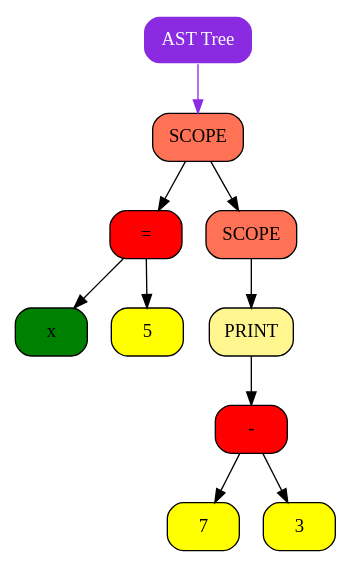
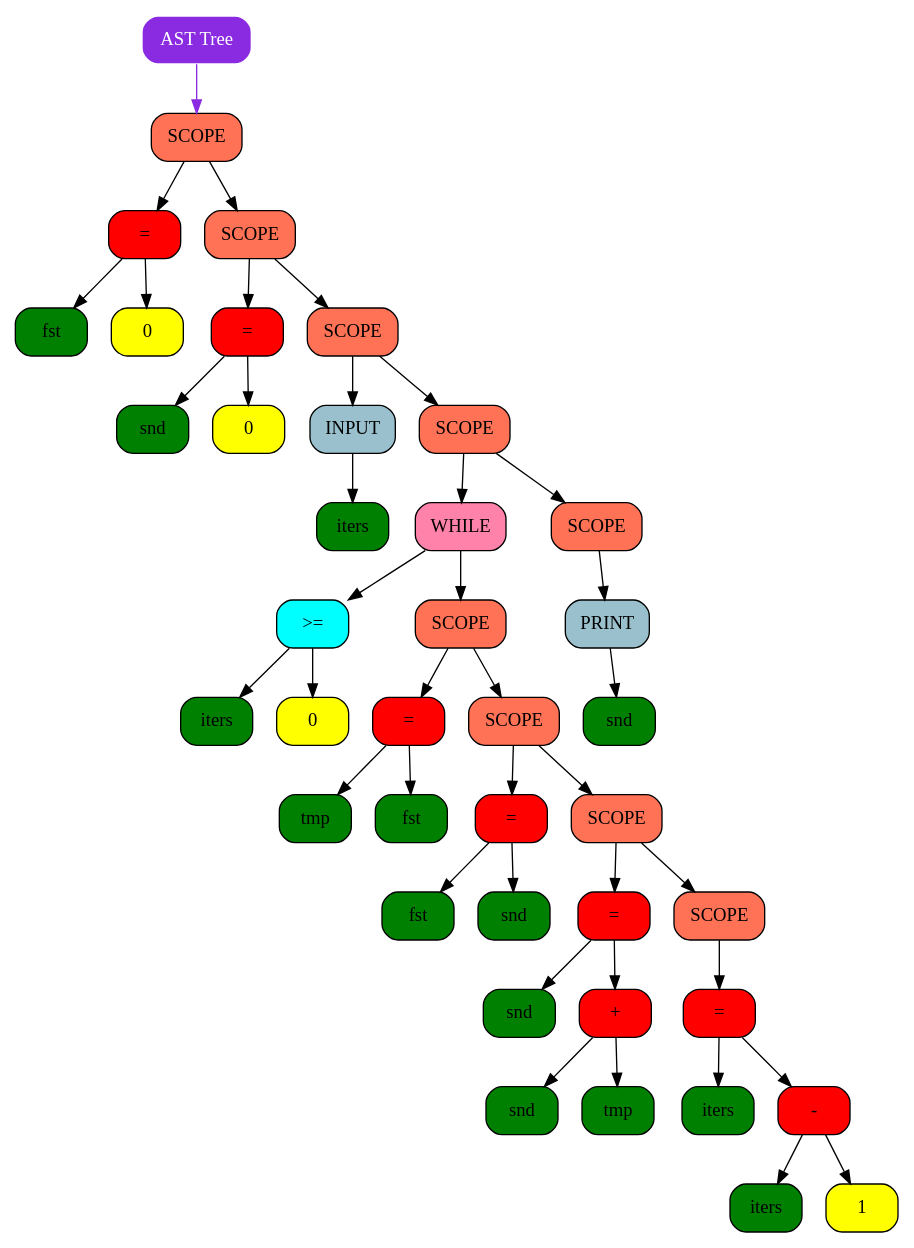
The diagram in graphics/graph.dot (Pelmeshka127/ParaCL), drawn with Graphviz before and after one commit. The commit also changed 9 other files, not shown here.

```diff
--- a/graphics/graph.dot
+++ b/graphics/graph.dot
@@ -1,23 +1,83 @@
 digraph Tree
 {
    rankdir = HR;
    tree[shape = Mrecord, style = filled, color = "white", style = filled, fontcolor = "white", fillcolor = "blueviolet", label = "AST Tree"];
-   "0x135606ce0"[shape = Mrecord, color = "black", style = filled, fontcolor = "black", fillcolor = "coral1"   label = " {SCOPE}"];
-  "0x135606ce0" -> "0x135606be0" [color = "black"];
-  "0x135606ce0" -> "0x135606c90" [color = "black"];
-   "0x135606be0"[shape = Mrecord, color = "black", style = filled, fontcolor = "black", fillcolor = "red"   label = " {=}"];
-  "0x135606be0" -> "0x135606ba0" [color = "black"];
-  "0x135606be0" -> "0x135606bd0" [color = "black"];
-   "0x135606ba0"[shape = Mrecord, color = "black", style = filled, fontcolor = "black", fillcolor = "green",   label = " {x}"];
-   "0x135606bd0"[shape = Mrecord, color = "black", style = filled, fontcolor = "black", fillcolor = "yellow",   label = " {5}"];
-   "0x135606c90"[shape = Mrecord, color = "black", style = filled, fontcolor = "black", fillcolor = "coral1"   label = " {SCOPE}"];
-  "0x135606c90" -> "0x135606c60" [color = "black"];
-   "0x135606c60"[shape = Mrecord, color = "black", style = filled, fontcolor = "black", fillcolor = "khaki1"   label = " {PRINT}"];
-  "0x135606c60" -> "0x135606c30" [color = "black"];
-   "0x135606c30"[shape = Mrecord, color = "black", style = filled, fontcolor = "black", fillcolor = "red"   label = " {-}"];
-  "0x135606c30" -> "0x135606c10" [color = "black"];
-  "0x135606c30" -> "0x135606c20" [color = "black"];
-   "0x135606c10"[shape = Mrecord, color = "black", style = filled, fontcolor = "black", fillcolor = "yellow",   label = " {7}"];
-   "0x135606c20"[shape = Mrecord, color = "black", style = filled, fontcolor = "black", fillcolor = "yellow",   label = " {3}"];
-   tree -> "0x135606ce0" [color = "blueviolet"];
+   "0x133f04940"[shape = Mrecord, color = "black", style = filled, fontcolor = "black", fillcolor = "coral1"   label = " {SCOPE}"];
+  "0x133f04940" -> "0x133f040c0" [color = "black"];
+  "0x133f04940" -> "0x133f048f0" [color = "black"];
+   "0x133f040c0"[shape = Mrecord, color = "black", style = filled, fontcolor = "black", fillcolor = "red"   label = " {=}"];
+  "0x133f040c0" -> "0x133f04080" [color = "black"];
+  "0x133f040c0" -> "0x133f040b0" [color = "black"];
+   "0x133f04080"[shape = Mrecord, color = "black", style = filled, fontcolor = "black", fillcolor = "green",   label = " {fst}"];
+   "0x133f040b0"[shape = Mrecord, color = "black", style = filled, fontcolor = "black", fillcolor = "yellow",   label = " {0}"];
+   "0x133f048f0"[shape = Mrecord, color = "black", style = filled, fontcolor = "black", fillcolor = "coral1"   label = " {SCOPE}"];
+  "0x133f048f0" -> "0x133f04130" [color = "black"];
+  "0x133f048f0" -> "0x133f048a0" [color = "black"];
+   "0x133f04130"[shape = Mrecord, color = "black", style = filled, fontcolor = "black", fillcolor = "red"   label = " {=}"];
+  "0x133f04130" -> "0x133f040f0" [color = "black"];
+  "0x133f04130" -> "0x133f04120" [color = "black"];
+   "0x133f040f0"[shape = Mrecord, color = "black", style = filled, fontcolor = "black", fillcolor = "green",   label = " {snd}"];
+   "0x133f04120"[shape = Mrecord, color = "black", style = filled, fontcolor = "black", fillcolor = "yellow",   label = " {0}"];
+   "0x133f048a0"[shape = Mrecord, color = "black", style = filled, fontcolor = "black", fillcolor = "coral1"   label = " {SCOPE}"];
+  "0x133f048a0" -> "0x133f04190" [color = "black"];
+  "0x133f048a0" -> "0x133f04850" [color = "black"];
+   "0x133f04190"[shape = Mrecord, color = "black", style = filled, fontcolor = "black", fillcolor = "lightblue3"   label = " {INPUT}"];
+  "0x133f04190" -> "0x133f04160" [color = "black"];
+   "0x133f04160"[shape = Mrecord, color = "black", style = filled, fontcolor = "black", fillcolor = "green",   label = " {iters}"];
+   "0x133f04850"[shape = Mrecord, color = "black", style = filled, fontcolor = "black", fillcolor = "coral1"   label = " {SCOPE}"];
+  "0x133f04850" -> "0x133f04780" [color = "black"];
+  "0x133f04850" -> "0x133f04800" [color = "black"];
+   "0x133f04780"[shape = Mrecord, color = "black", style = filled, fontcolor = "black", fillcolor = "palevioletred1"   label = " {WHILE}"];
+  "0x133f04780" -> "0x133f041f0" [color = "black"];
+  "0x133f04780" -> "0x133f04730" [color = "black"];
+   "0x133f041f0"[shape = Mrecord, color = "black", style = filled, fontcolor = "black", fillcolor = "aqua"   label = "&gt;="];
+  "0x133f041f0" -> "0x133f041b0" [color = "black"];
+  "0x133f041f0" -> "0x133f041e0" [color = "black"];
+   "0x133f041b0"[shape = Mrecord, color = "black", style = filled, fontcolor = "black", fillcolor = "green",   label = " {iters}"];
+   "0x133f041e0"[shape = Mrecord, color = "black", style = filled, fontcolor = "black", fillcolor = "yellow",   label = " {0}"];
+   "0x133f04730"[shape = Mrecord, color = "black", style = filled, fontcolor = "black", fillcolor = "coral1"   label = " {SCOPE}"];
+  "0x133f04730" -> "0x133f04280" [color = "black"];
+  "0x133f04730" -> "0x133f046e0" [color = "black"];
+   "0x133f04280"[shape = Mrecord, color = "black", style = filled, fontcolor = "black", fillcolor = "red"   label = " {=}"];
+  "0x133f04280" -> "0x133f04220" [color = "black"];
+  "0x133f04280" -> "0x133f04250" [color = "black"];
+   "0x133f04220"[shape = Mrecord, color = "black", style = filled, fontcolor = "black", fillcolor = "green",   label = " {tmp}"];
+   "0x133f04250"[shape = Mrecord, color = "black", style = filled, fontcolor = "black", fillcolor = "green",   label = " {fst}"];
+   "0x133f046e0"[shape = Mrecord, color = "black", style = filled, fontcolor = "black", fillcolor = "coral1"   label = " {SCOPE}"];
+  "0x133f046e0" -> "0x133f04310" [color = "black"];
+  "0x133f046e0" -> "0x133f04690" [color = "black"];
+   "0x133f04310"[shape = Mrecord, color = "black", style = filled, fontcolor = "black", fillcolor = "red"   label = " {=}"];
+  "0x133f04310" -> "0x133f042b0" [color = "black"];
+  "0x133f04310" -> "0x133f042e0" [color = "black"];
+   "0x133f042b0"[shape = Mrecord, color = "black", style = filled, fontcolor = "black", fillcolor = "green",   label = " {fst}"];
+   "0x133f042e0"[shape = Mrecord, color = "black", style = filled, fontcolor = "black", fillcolor = "green",   label = " {snd}"];
+   "0x133f04690"[shape = Mrecord, color = "black", style = filled, fontcolor = "black", fillcolor = "coral1"   label = " {SCOPE}"];
+  "0x133f04690" -> "0x133f04540" [color = "black"];
+  "0x133f04690" -> "0x133f04640" [color = "black"];
+   "0x133f04540"[shape = Mrecord, color = "black", style = filled, fontcolor = "black", fillcolor = "red"   label = " {=}"];
+  "0x133f04540" -> "0x133f04340" [color = "black"];
+  "0x133f04540" -> "0x133f043d0" [color = "black"];
+   "0x133f04340"[shape = Mrecord, color = "black", style = filled, fontcolor = "black", fillcolor = "green",   label = " {snd}"];
+   "0x133f043d0"[shape = Mrecord, color = "black", style = filled, fontcolor = "black", fillcolor = "red"   label = " {+}"];
+  "0x133f043d0" -> "0x133f04370" [color = "black"];
+  "0x133f043d0" -> "0x133f043a0" [color = "black"];
+   "0x133f04370"[shape = Mrecord, color = "black", style = filled, fontcolor = "black", fillcolor = "green",   label = " {snd}"];
+   "0x133f043a0"[shape = Mrecord, color = "black", style = filled, fontcolor = "black", fillcolor = "green",   label = " {tmp}"];
+   "0x133f04640"[shape = Mrecord, color = "black", style = filled, fontcolor = "black", fillcolor = "coral1"   label = " {SCOPE}"];
+  "0x133f04640" -> "0x133f04610" [color = "black"];
+   "0x133f04610"[shape = Mrecord, color = "black", style = filled, fontcolor = "black", fillcolor = "red"   label = " {=}"];
+  "0x133f04610" -> "0x133f04570" [color = "black"];
+  "0x133f04610" -> "0x133f045e0" [color = "black"];
+   "0x133f04570"[shape = Mrecord, color = "black", style = filled, fontcolor = "black", fillcolor = "green",   label = " {iters}"];
+   "0x133f045e0"[shape = Mrecord, color = "black", style = filled, fontcolor = "black", fillcolor = "red"   label = " {-}"];
+  "0x133f045e0" -> "0x133f045a0" [color = "black"];
+  "0x133f045e0" -> "0x133f045d0" [color = "black"];
+   "0x133f045a0"[shape = Mrecord, color = "black", style = filled, fontcolor = "black", fillcolor = "green",   label = " {iters}"];
+   "0x133f045d0"[shape = Mrecord, color = "black", style = filled, fontcolor = "black", fillcolor = "yellow",   label = " {1}"];
+   "0x133f04800"[shape = Mrecord, color = "black", style = filled, fontcolor = "black", fillcolor = "coral1"   label = " {SCOPE}"];
+  "0x133f04800" -> "0x133f047e0" [color = "black"];
+   "0x133f047e0"[shape = Mrecord, color = "black", style = filled, fontcolor = "black", fillcolor = "lightblue3"   label = " {PRINT}"];
+  "0x133f047e0" -> "0x133f047b0" [color = "black"];
+   "0x133f047b0"[shape = Mrecord, color = "black", style = filled, fontcolor = "black", fillcolor = "green",   label = " {snd}"];
+   tree -> "0x133f04940" [color = "blueviolet"];
 }
```
